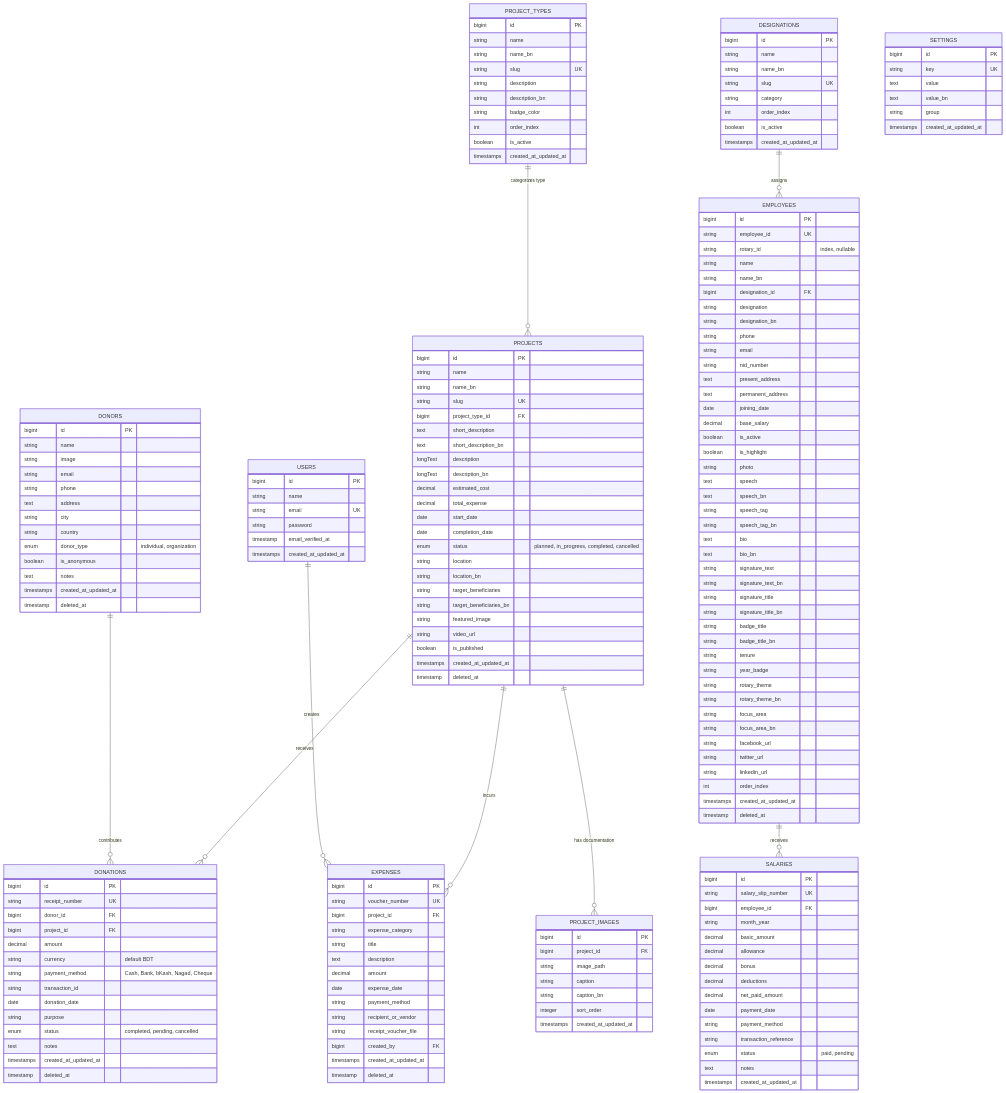
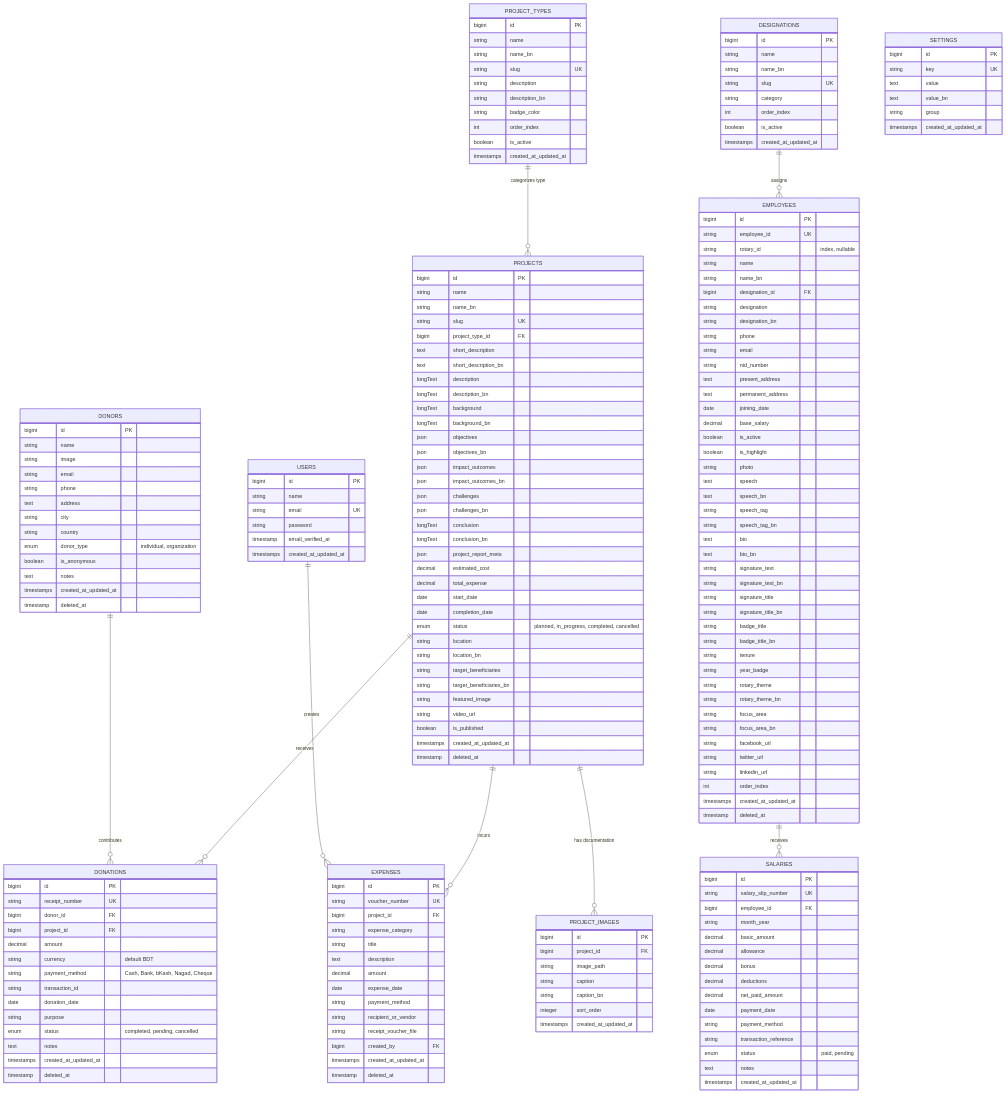
The diagram in docs/database_design.md (sazal-inceptia/shanti-nagar-foundation), drawn with Mermaid before and after one commit. The commit also changed other lines of this file and 214 other files, not shown here.

```diff
--- a/docs/database_design.md
+++ b/docs/database_design.md
@@ -77,6 +77,17 @@
         text short_description_bn
         longText description
         longText description_bn
+        longText background
+        longText background_bn
+        json objectives
+        json objectives_bn
+        json impact_outcomes
+        json impact_outcomes_bn
+        json challenges
+        json challenges_bn
+        longText conclusion
+        longText conclusion_bn
+        json project_report_meta
         decimal estimated_cost
         decimal total_expense
         date start_date
```
